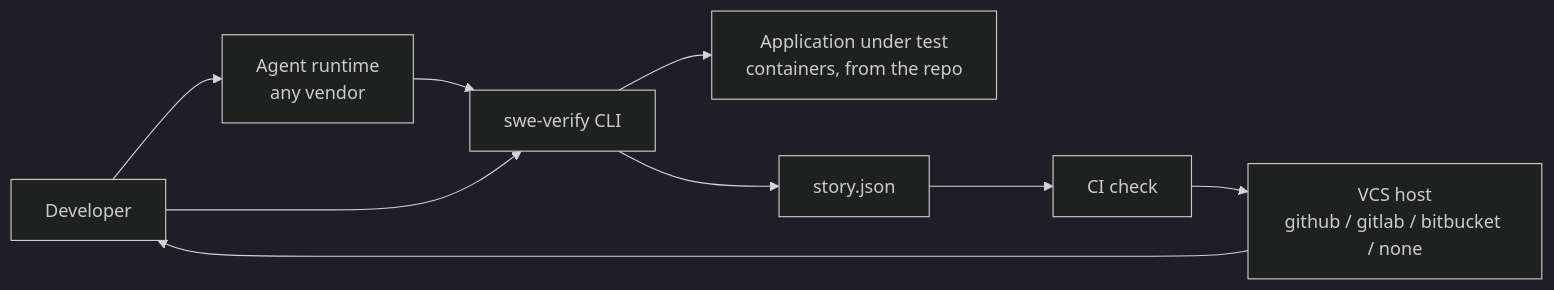
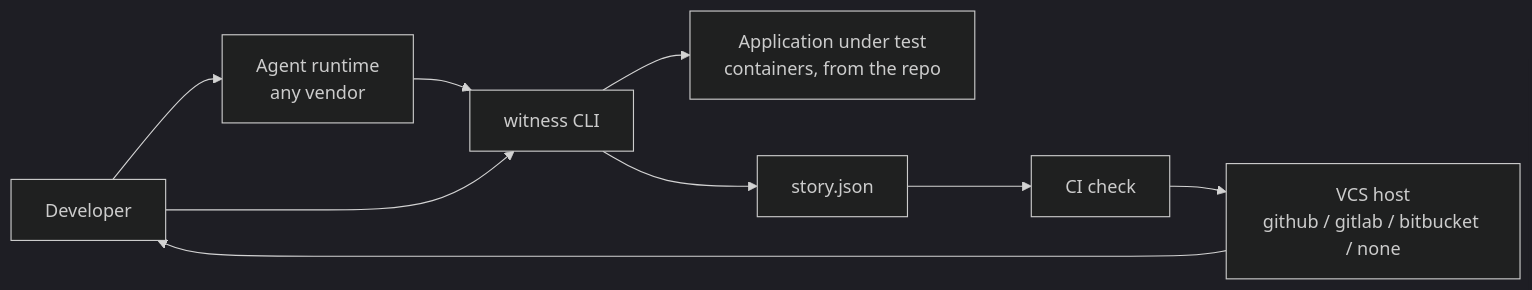
One commit to burrows99/witness changed the first of 8 diagrams in docs/tdd.md. Above: the diagram before and after it, drawn with Mermaid (dark theme). The commit also changed other lines of this file and 111 other files, not shown here.

````diff
--- a/docs/tdd.md
+++ b/docs/tdd.md
@@ -59,11 +59,11 @@
 ```mermaid
 flowchart LR
   DEV["Developer"] --> AGT["Agent runtime<br/>any vendor"]
-  AGT --> SV["swe-verify CLI"]
+  AGT --> SV["witness CLI"]
   DEV --> SV
   SV --> APP["Application under test<br/>containers, from the repo"]
   SV --> ST["story.json"]
   ST --> CI["CI check"]
   CI --> HOST["VCS host<br/>github / gitlab / bitbucket / none"]
   HOST --> DEV
 ```
````
